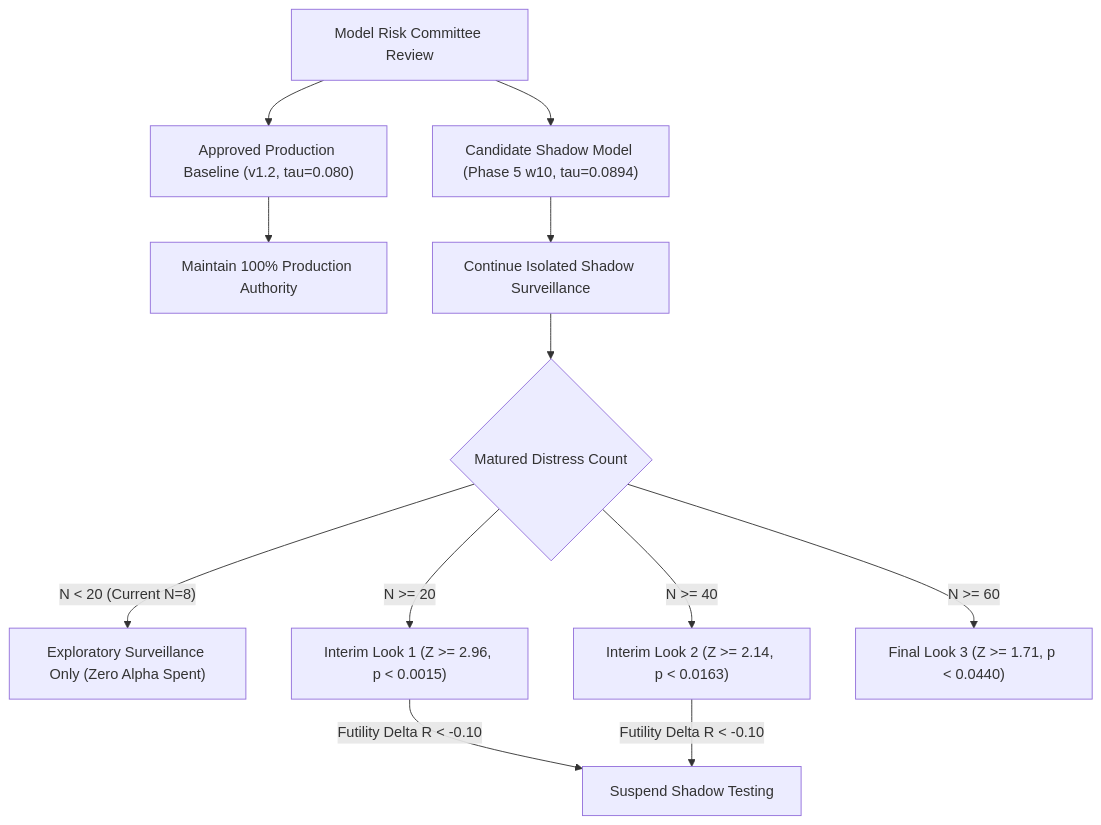
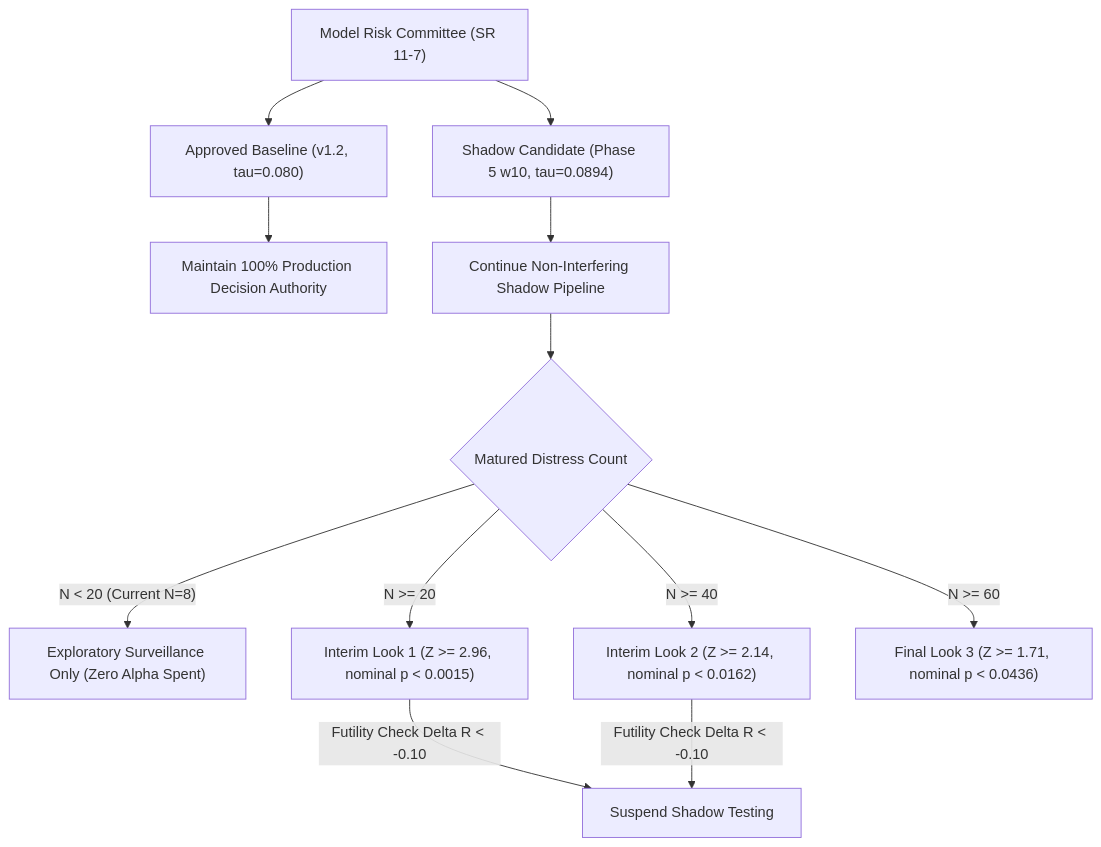
Before and after one commit to PrajwalGN1/-Explainable-Multi-Source-Financial-Distress-Early-Warning-Risk-Intelligence-System: the diagram in reports/phase6/PHASE6_3_INDEPENDENT_STATISTICAL_VERIFICATION_REPORT.md, drawn with Mermaid. The commit also changed other lines of this file and 6 other files, not shown here.

````diff
--- a/reports/phase6/PHASE6_3_INDEPENDENT_STATISTICAL_VERIFICATION_REPORT.md
+++ b/reports/phase6/PHASE6_3_INDEPENDENT_STATISTICAL_VERIFICATION_REPORT.md
@@ -424,17 +283,17 @@
 ```mermaid
 flowchart TD
-    A["Model Risk Committee Review"] --> B["Approved Production Baseline (v1.2, tau=0.080)"]
-    A --> C["Candidate Shadow Model (Phase 5 w10, tau=0.0894)"]
+    A["Model Risk Committee (SR 11-7)"] --> B["Approved Baseline (v1.2, tau=0.080)"]
+    A --> C["Shadow Candidate (Phase 5 w10, tau=0.0894)"]
     
-    B --> D["Maintain 100% Production Authority"]
-    C --> E["Continue Isolated Shadow Surveillance"]
+    B --> D["Maintain 100% Production Decision Authority"]
+    C --> E["Continue Non-Interfering Shadow Pipeline"]
     
     E --> F{"Matured Distress Count"}
     F -->|"N < 20 (Current N=8)"| G["Exploratory Surveillance Only (Zero Alpha Spent)"]
-    F -->|"N >= 20"| H["Interim Look 1 (Z >= 2.96, p < 0.0015)"]
-    F -->|"N >= 40"| I["Interim Look 2 (Z >= 2.14, p < 0.0163)"]
-    F -->|"N >= 60"| J["Final Look 3 (Z >= 1.71, p < 0.0440)"]
+    F -->|"N >= 20"| H["Interim Look 1 (Z >= 2.96, nominal p < 0.0015)"]
+    F -->|"N >= 40"| I["Interim Look 2 (Z >= 2.14, nominal p < 0.0162)"]
+    F -->|"N >= 60"| J["Final Look 3 (Z >= 1.71, nominal p < 0.0436)"]
     
-    H -->|"Futility Delta R < -0.10"| K["Suspend Shadow Testing"]
-    I -->|"Futility Delta R < -0.10"| K
+    H -->|"Futility Check Delta R < -0.10"| K["Suspend Shadow Testing"]
+    I -->|"Futility Check Delta R < -0.10"| K
 ```
````
